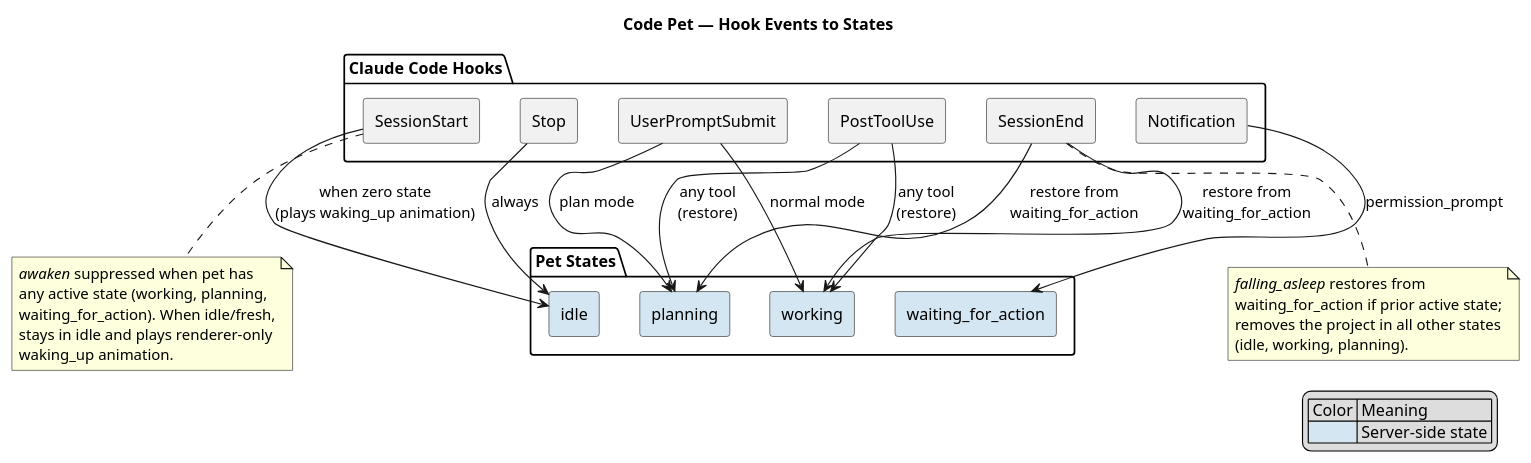
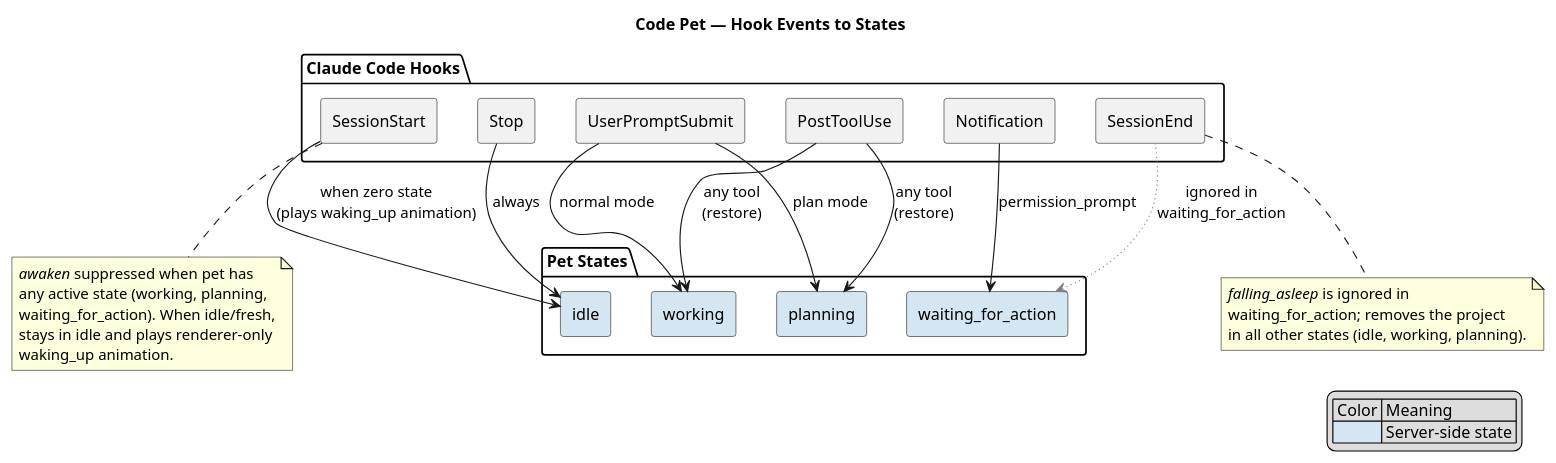
Before and after one commit to mradovic95/code-pet: the second of 2 diagrams in docs/state-diagram.puml, drawn with PlantUML. The commit also changed other lines of this file and 15 other files, not shown here.

```diff
--- a/docs/state-diagram.puml
+++ b/docs/state-diagram.puml
@@ -70,52 +72,50 @@
 @startuml code-pet-events
 title Code Pet — Hook Events to States
 
 skinparam componentStyle rectangle
 
 package "Claude Code Hooks" {
   [SessionStart] as SS
   [SessionEnd] as SE
   [UserPromptSubmit] as PS
   [Notification] as NOTIF
   [PostToolUse] as PTU
   [Stop] as STOP
 }
 
 package "Pet States" {
   [working] #D4E6F1
   [planning] #D4E6F1
   [waiting_for_action] #D4E6F1
   [idle] #D4E6F1
 }
 
 SS --> [idle] : when zero state\n(plays waking_up animation)
-SE --> [working] : restore from\nwaiting_for_action
-SE --> [planning] : restore from\nwaiting_for_action
+SE -[#grey,dotted]-> [waiting_for_action] : ignored in\nwaiting_for_action
 PS --> [working] : normal mode
 PS --> [planning] : plan mode
 NOTIF --> [waiting_for_action] : permission_prompt
 PTU --> [working] : any tool\n(restore)
 PTU --> [planning] : any tool\n(restore)
 STOP --> [idle] : always
 
 note bottom of SS
   //awaken// suppressed when pet has
   any active state (working, planning,
   waiting_for_action). When idle/fresh,
   stays in idle and plays renderer-only
   waking_up animation.
 end note
 
 note bottom of SE
-  //falling_asleep// restores from
-  waiting_for_action if prior active state;
-  removes the project in all other states
-  (idle, working, planning).
+  //falling_asleep// is ignored in
+  waiting_for_action; removes the project
+  in all other states (idle, working, planning).
 end note
 
 legend right
   | Color | Meaning |
   | <#D4E6F1> | Server-side state |
 end legend
 
 @enduml
```
